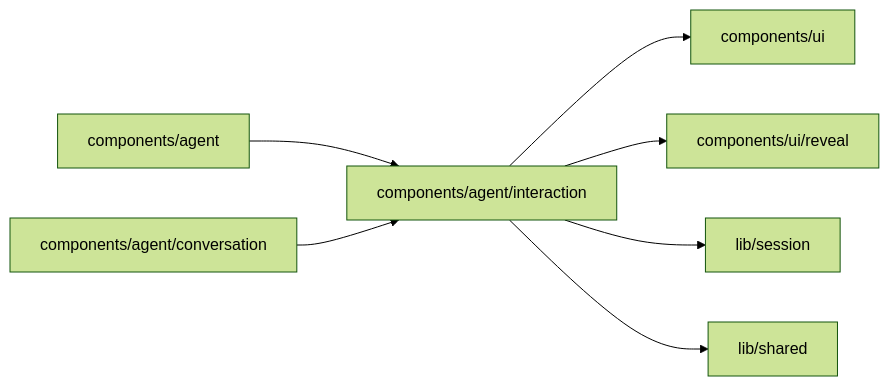
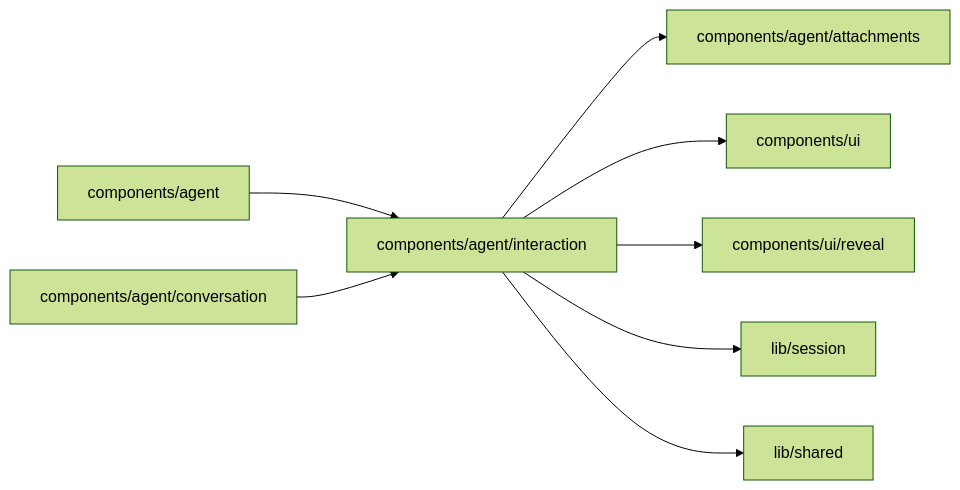
One commit to superdurable/superverse changed the diagram in web/studio/components/agent/interaction/README.md. Above: the diagram before and after it, drawn with Mermaid (forest theme). The commit also changed other lines of this file and 259 other files, not shown here.

````diff
--- a/web/studio/components/agent/interaction/README.md
+++ b/web/studio/components/agent/interaction/README.md
@@ -10,10 +10,11 @@
 ```mermaid
 flowchart LR
   self["components/agent/interaction"]
   c0["components/agent"] --> self
   c1["components/agent/conversation"] --> self
-  self --> d0["components/ui"]
-  self --> d1["components/ui/reveal"]
-  self --> d2["lib/session"]
-  self --> d3["lib/shared"]
+  self --> d0["components/agent/attachments"]
+  self --> d1["components/ui"]
+  self --> d2["components/ui/reveal"]
+  self --> d3["lib/session"]
+  self --> d4["lib/shared"]
 ```
````
